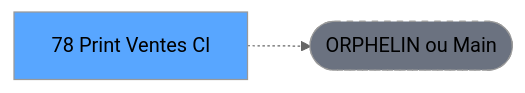
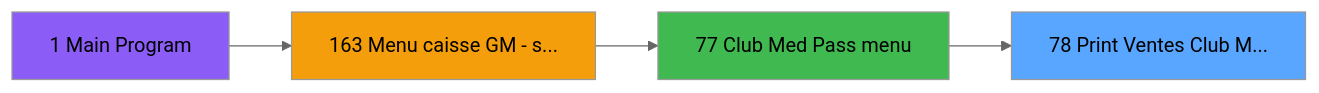
The second of 3 diagrams in .openspec/specs/ADH-IDE-78.md (thonyAGP/magic-migration), drawn with Mermaid (neutral theme) before and after one commit. The commit also changed other lines of this file and 253 other files, not shown here.

````diff
--- a/.openspec/specs/ADH-IDE-78.md
+++ b/.openspec/specs/ADH-IDE-78.md
@@ -120,8 +455,14 @@
 ```mermaid
 graph LR
-    T[78 Print Ventes Cl]
-    ORPHAN([ORPHELIN ou Main])
-    T -.-> ORPHAN
-    style T fill:#58a6ff,color:#000
-    style ORPHAN fill:#6b7280,stroke-dasharray: 5 5
+    T78[78 Print Ventes Club M...]
+    style T78 fill:#58a6ff
+    CC1[1 Main Program]
+    style CC1 fill:#8b5cf6
+    CC163[163 Menu caisse GM - s...]
+    style CC163 fill:#f59e0b
+    CC77[77 Club Med Pass menu]
+    style CC77 fill:#3fb950
+    CC163 --> CC77
+    CC1 --> CC163
+    CC77 --> T78
 ```
````
